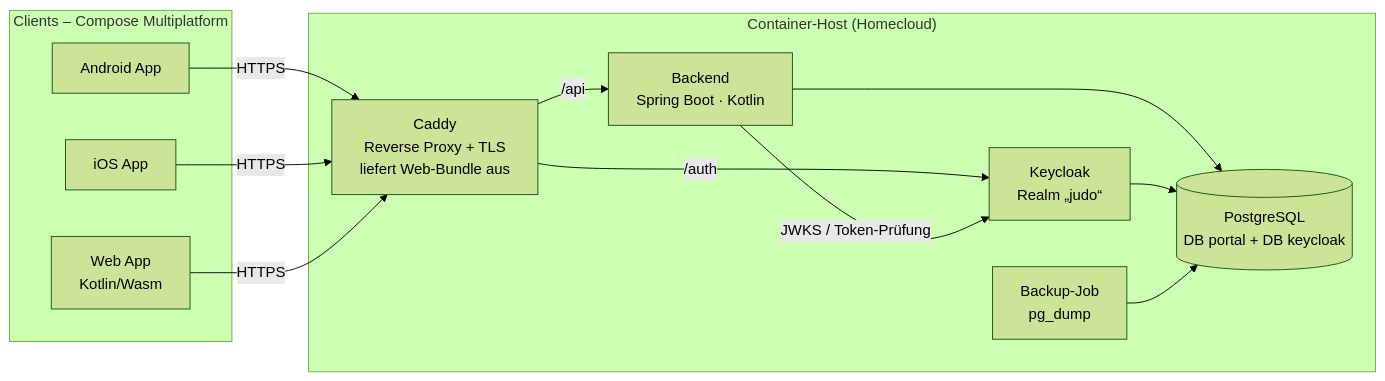
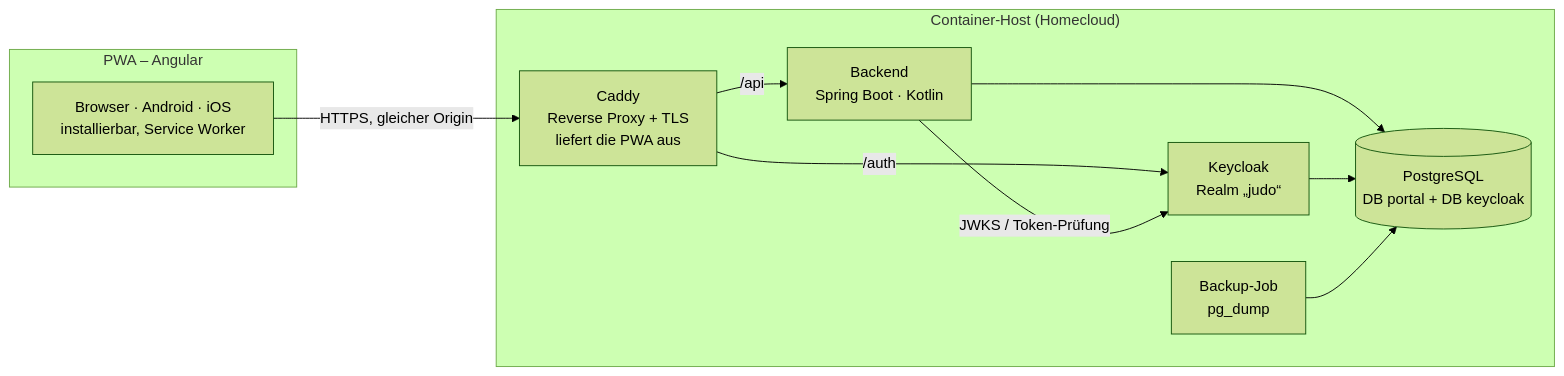
Before and after one commit to tlandsberger/judo-portal: the first of 2 diagrams in docs/ARCHITECTURE.md, drawn with Mermaid (forest theme). The commit also changed other lines of this file and 43 other files, not shown here.

First line of the commit message:
Switch client strategy to Angular PWA with OpenAPI contract

````diff
--- a/docs/ARCHITECTURE.md
+++ b/docs/ARCHITECTURE.md
@@ -19,24 +19,22 @@
 ```mermaid
 flowchart LR
-    subgraph Clients["Clients – Compose Multiplatform"]
-        A[Android App]
-        I[iOS App]
-        W[Web App<br/>Kotlin/Wasm]
+    subgraph Clients["PWA – Angular"]
+        W[Browser · Android · iOS<br/>installierbar, Service Worker]
     end
 
     subgraph Host["Container-Host (Homecloud)"]
-        P[Caddy<br/>Reverse Proxy + TLS<br/>liefert Web-Bundle aus]
+        P[Caddy<br/>Reverse Proxy + TLS<br/>liefert die PWA aus]
         B[Backend<br/>Spring Boot · Kotlin]
         K[Keycloak<br/>Realm „judo“]
         DB[(PostgreSQL<br/>DB portal + DB keycloak)]
         BK[Backup-Job<br/>pg_dump]
     end
 
-    A & I & W -->|HTTPS| P
+    W -->|HTTPS, gleicher Origin| P
     P -->|/api| B
     P -->|/auth| K
     B -->|JWKS / Token-Prüfung| K
     B --> DB
     K --> DB
     BK --> DB
 ```
````
